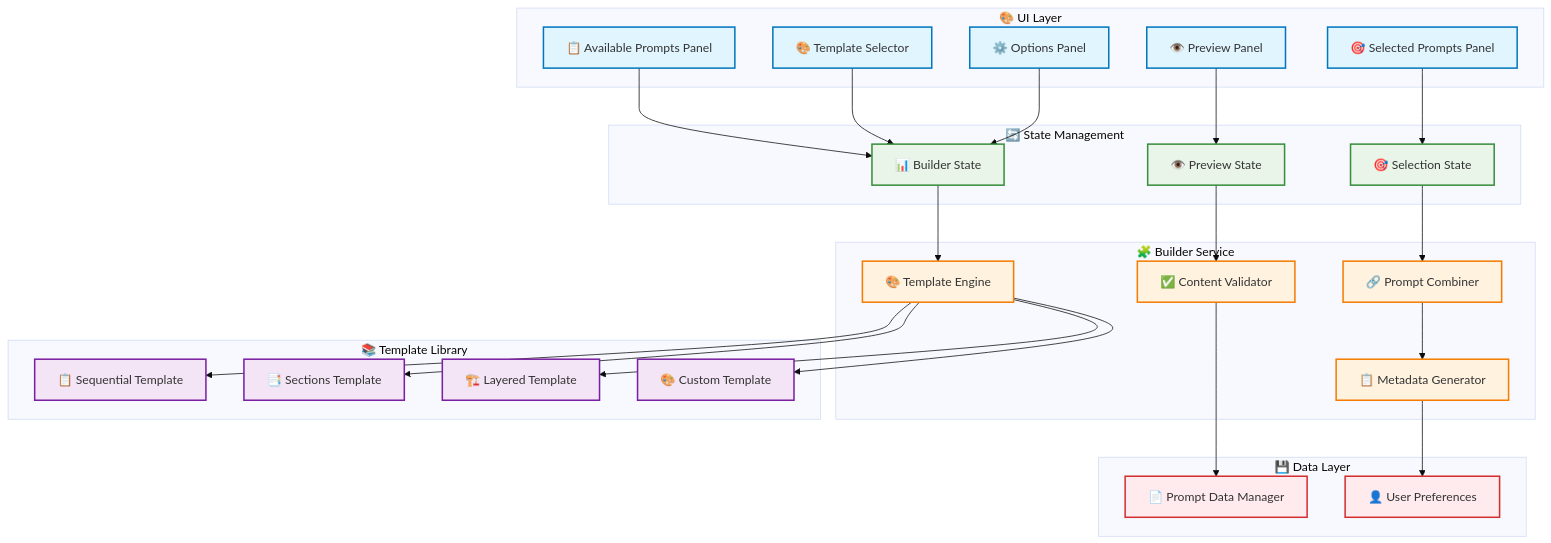
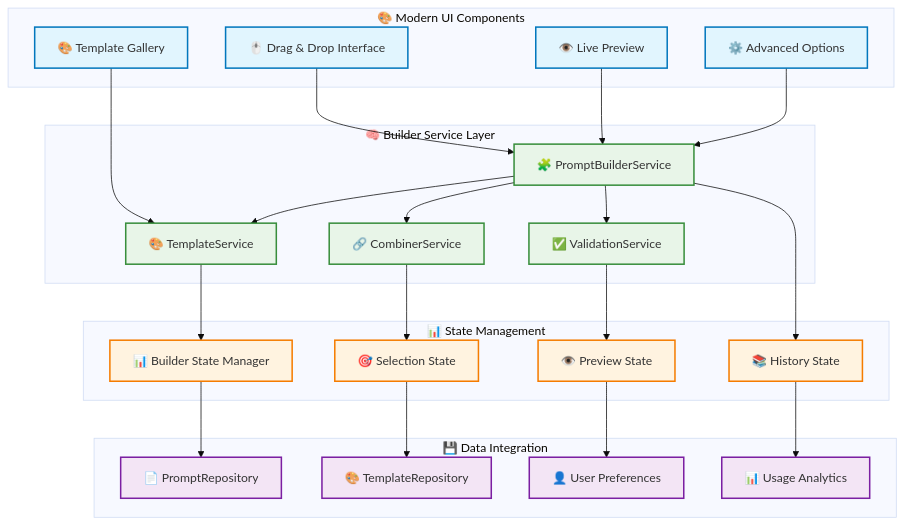
One commit to MakerCorn/ai-prompt-manager changed diagram 13 of 16 in ARCHITECTURE.md. Above: the diagram before and after it, drawn with Mermaid (base theme). The commit also changed other lines of this file and 39 other files, not shown here.

````diff
--- a/ARCHITECTURE.md
+++ b/ARCHITECTURE.md
@@ -853,66 +830,59 @@
 ```mermaid
 graph TB
-    subgraph "🎨 UI Layer"
-        AVAILABLE[📋 Available Prompts Panel]
-        SELECTED[🎯 Selected Prompts Panel]
-        TEMPLATE[🎨 Template Selector]
-        PREVIEW[👁️ Preview Panel]
-        OPTIONS[⚙️ Options Panel]
+    subgraph "🎨 Modern UI Components"
+        DRAG_DROP[🖱️ Drag & Drop Interface]
+        LIVE_PREVIEW[👁️ Live Preview]
+        TEMPLATE_GALLERY[🎨 Template Gallery]
+        OPTIONS_PANEL[⚙️ Advanced Options]
     end
 
-    subgraph "🔄 State Management"
-        BUILDER_STATE[📊 Builder State]
+    subgraph "🧠 Builder Service Layer"
+        BUILDER_SVC[🧩 PromptBuilderService]
+        TEMPLATE_SVC[🎨 TemplateService]
+        COMBINER_SVC[🔗 CombinerService]
+        VALIDATOR_SVC[✅ ValidationService]
+    end
+
+    subgraph "📊 State Management"
+        BUILDER_STATE[📊 Builder State Manager]
         SELECTION_STATE[🎯 Selection State]
         PREVIEW_STATE[👁️ Preview State]
+        HISTORY_STATE[📚 History State]
     end
 
-    subgraph "🧩 Builder Service"
-        TEMPLATE_ENGINE[🎨 Template Engine]
-        COMBINER[🔗 Prompt Combiner]
-        VALIDATOR[✅ Content Validator]
-        METADATA_GEN[📋 Metadata Generator]
+    subgraph "💾 Data Integration"
+        PROMPT_REPO[📄 PromptRepository]
+        TEMPLATE_REPO[🎨 TemplateRepository]
+        USER_PREFS[👤 User Preferences]
+        ANALYTICS[📊 Usage Analytics]
     end
 
-    subgraph "📚 Template Library"
-        SEQUENTIAL[📋 Sequential Template]
-        SECTIONS[📑 Sections Template]
-        LAYERED[🏗️ Layered Template]
-        CUSTOM[🎨 Custom Template]
-    end
-
-    subgraph "💾 Data Layer"
-        PROMPT_DATA[📄 Prompt Data Manager]
-        USER_PREFS[👤 User Preferences]
-    end
-
-    AVAILABLE --> BUILDER_STATE
-    SELECTED --> SELECTION_STATE
-    TEMPLATE --> BUILDER_STATE
-    PREVIEW --> PREVIEW_STATE
-    OPTIONS --> BUILDER_STATE
+    DRAG_DROP --> BUILDER_SVC
+    LIVE_PREVIEW --> BUILDER_SVC
+    TEMPLATE_GALLERY --> TEMPLATE_SVC
+    OPTIONS_PANEL --> BUILDER_SVC
     
-    BUILDER_STATE --> TEMPLATE_ENGINE
-    SELECTION_STATE --> COMBINER
-    PREVIEW_STATE --> VALIDATOR
+    BUILDER_SVC --> TEMPLATE_SVC
+    BUILDER_SVC --> COMBINER_SVC
+    BUILDER_SVC --> VALIDATOR_SVC
     
-    TEMPLATE_ENGINE --> SEQUENTIAL
-    TEMPLATE_ENGINE --> SECTIONS
-    TEMPLATE_ENGINE --> LAYERED
-    TEMPLATE_ENGINE --> CUSTOM
+    TEMPLATE_SVC --> BUILDER_STATE
+    COMBINER_SVC --> SELECTION_STATE
+    VALIDATOR_SVC --> PREVIEW_STATE
+    BUILDER_SVC --> HISTORY_STATE
     
-    COMBINER --> METADATA_GEN
-    VALIDATOR --> PROMPT_DATA
-    METADATA_GEN --> USER_PREFS
+    BUILDER_STATE --> PROMPT_REPO
+    SELECTION_STATE --> TEMPLATE_REPO
+    PREVIEW_STATE --> USER_PREFS
+    HISTORY_STATE --> ANALYTICS
 
     classDef ui fill:#e1f5fe,stroke:#0277bd,stroke-width:2px
-    classDef state fill:#e8f5e8,stroke:#388e3c,stroke-width:2px
-    classDef service fill:#fff3e0,stroke:#f57c00,stroke-width:2px
-    classDef template fill:#f3e5f5,stroke:#7b1fa2,stroke-width:2px
-    classDef data fill:#ffebee,stroke:#d32f2f,stroke-width:2px
+    classDef service fill:#e8f5e8,stroke:#388e3c,stroke-width:2px
+    classDef state fill:#fff3e0,stroke:#f57c00,stroke-width:2px
+    classDef data fill:#f3e5f5,stroke:#7b1fa2,stroke-width:2px
 
-    class AVAILABLE,SELECTED,TEMPLATE,PREVIEW,OPTIONS ui
-    class BUILDER_STATE,SELECTION_STATE,PREVIEW_STATE state
-    class TEMPLATE_ENGINE,COMBINER,VALIDATOR,METADATA_GEN service
-    class SEQUENTIAL,SECTIONS,LAYERED,CUSTOM template
-    class PROMPT_DATA,USER_PREFS data
+    class DRAG_DROP,LIVE_PREVIEW,TEMPLATE_GALLERY,OPTIONS_PANEL ui
+    class BUILDER_SVC,TEMPLATE_SVC,COMBINER_SVC,VALIDATOR_SVC service
+    class BUILDER_STATE,SELECTION_STATE,PREVIEW_STATE,HISTORY_STATE state
+    class PROMPT_REPO,TEMPLATE_REPO,USER_PREFS,ANALYTICS data
 ```
````
